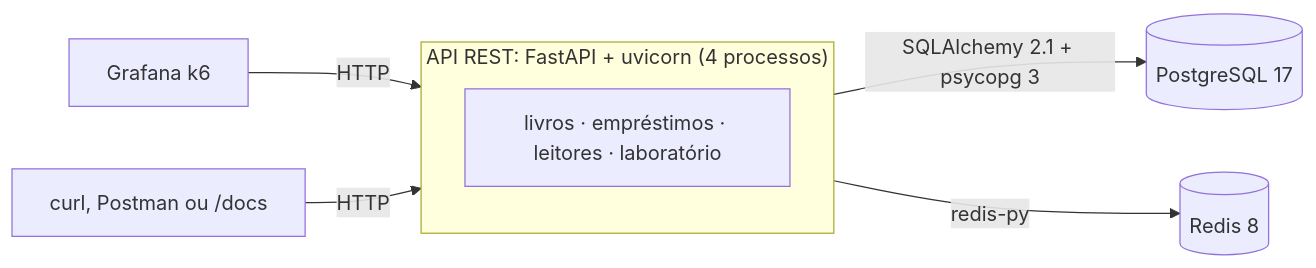
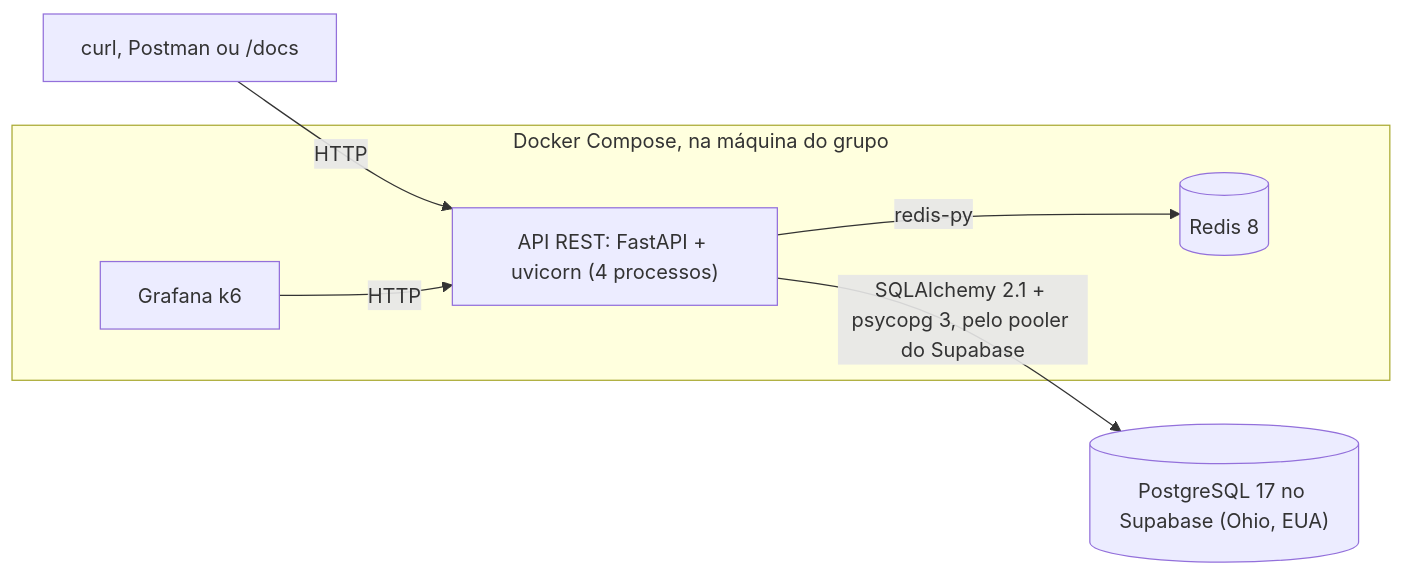
Before and after one commit to MarcosFelipeFP/trabalho-a2-otimizacao-web-services: the first of 2 diagrams in README.md, drawn with Mermaid. The commit also changed other lines of this file and 210 other files, not shown here.

First line of the commit message:
feat: banco no Supabase, tabelas largas e resultados dos testes de carga

````diff
--- a/README.md
+++ b/README.md
@@ -48,10 +50,9 @@
 ```mermaid
 flowchart LR
-    k6["Grafana k6"] -->|HTTP| api
     navegador["curl, Postman ou /docs"] -->|HTTP| api
-    subgraph api["API REST: FastAPI + uvicorn (4 processos)"]
-        rotas["livros · empréstimos · leitores · laboratório"]
+    subgraph local["Docker Compose, na máquina do grupo"]
+        k6["Grafana k6"] -->|HTTP| api["API REST: FastAPI + uvicorn (4 processos)"]
+        api -->|redis-py| cache[("Redis 8")]
     end
-    api -->|"SQLAlchemy 2.1 + psycopg 3"| banco[("PostgreSQL 17")]
-    api -->|"redis-py"| cache[("Redis 8")]
+    api -->|"SQLAlchemy 2.1 + psycopg 3, pelo pooler do Supabase"| banco[("PostgreSQL 17 no Supabase (Ohio, EUA)")]
 ```
````
